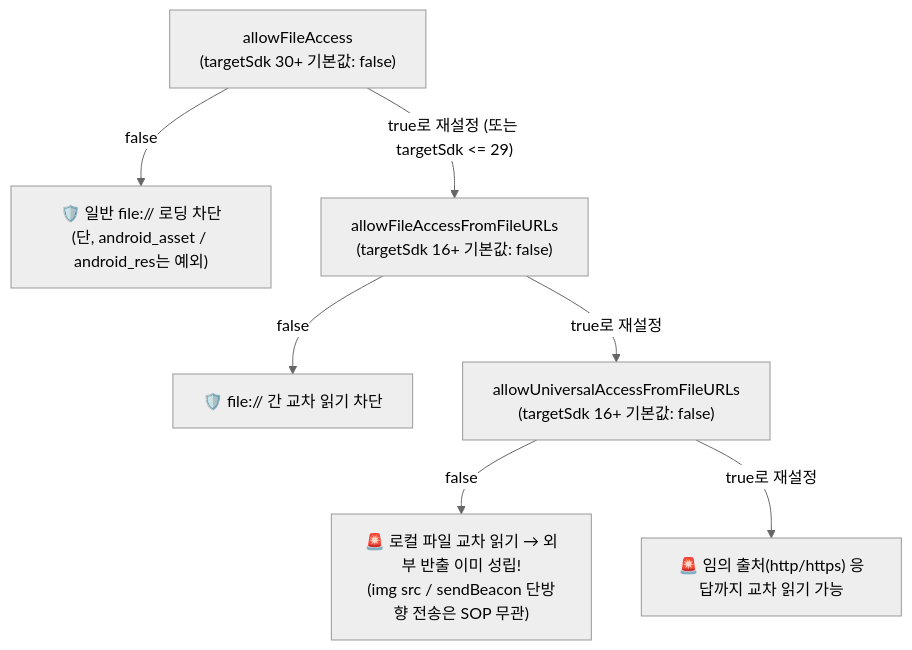
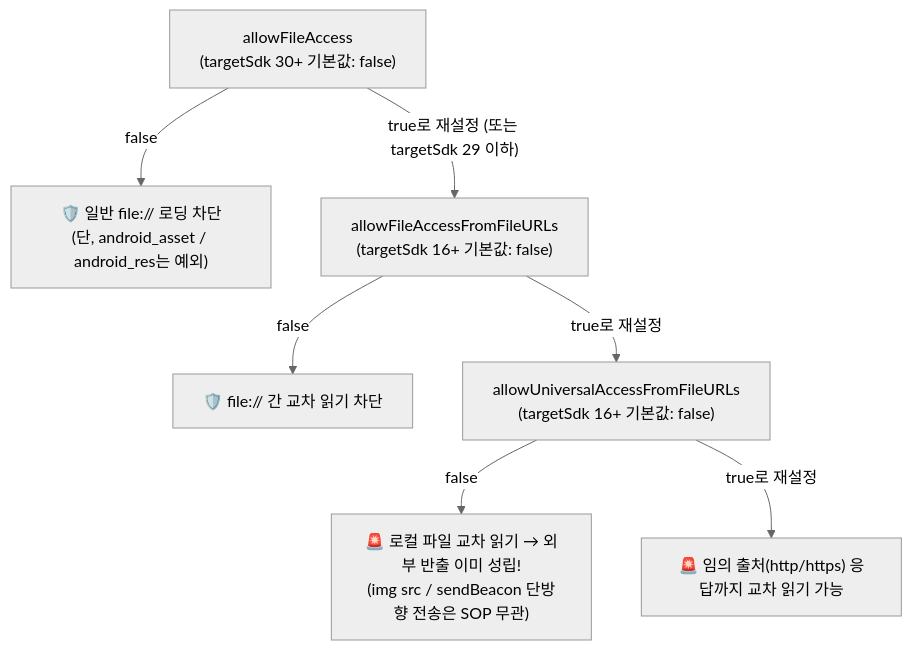
Before and after one commit to gooyong-sec/gooyong-sec.github.io: the second of 3 diagrams in content/모바일취약점/모바일 취약점 진단 — WebView와 파일 접근 취약점.md, drawn with Mermaid (neutral theme). The commit also changed other lines of this file and 17 other files, not shown here.

````diff
--- a/content/모바일취약점/모바일 취약점 진단 — WebView와 파일 접근 취약점.md
+++ b/content/모바일취약점/모바일 취약점 진단 — WebView와 파일 접근 취약점.md
@@ -88,9 +88,9 @@
 ```mermaid
 flowchart TD
     A["allowFileAccess<br/>(targetSdk 30+ 기본값: false)"] -->|"false"| B["🛡️ 일반 file:// 로딩 차단<br/>(단, android_asset / android_res는 예외)"]
-    A -->|"true로 재설정 (또는 targetSdk <= 29)"| C["allowFileAccessFromFileURLs<br/>(targetSdk 16+ 기본값: false)"]
+    A -->|"true로 재설정 (또는 targetSdk 29 이하)"| C["allowFileAccessFromFileURLs<br/>(targetSdk 16+ 기본값: false)"]
     C -->|"false"| D["🛡️ file:// 간 교차 읽기 차단"]
     C -->|"true로 재설정"| E["allowUniversalAccessFromFileURLs<br/>(targetSdk 16+ 기본값: false)"]
     E -->|"false"| F["🚨 로컬 파일 교차 읽기 → 외부 반출 이미 성립!<br/>(img src / sendBeacon 단방향 전송은 SOP 무관)"]
     E -->|"true로 재설정"| G["🚨 임의 출처(http/https) 응답까지 교차 읽기 가능"]
 ```
````
